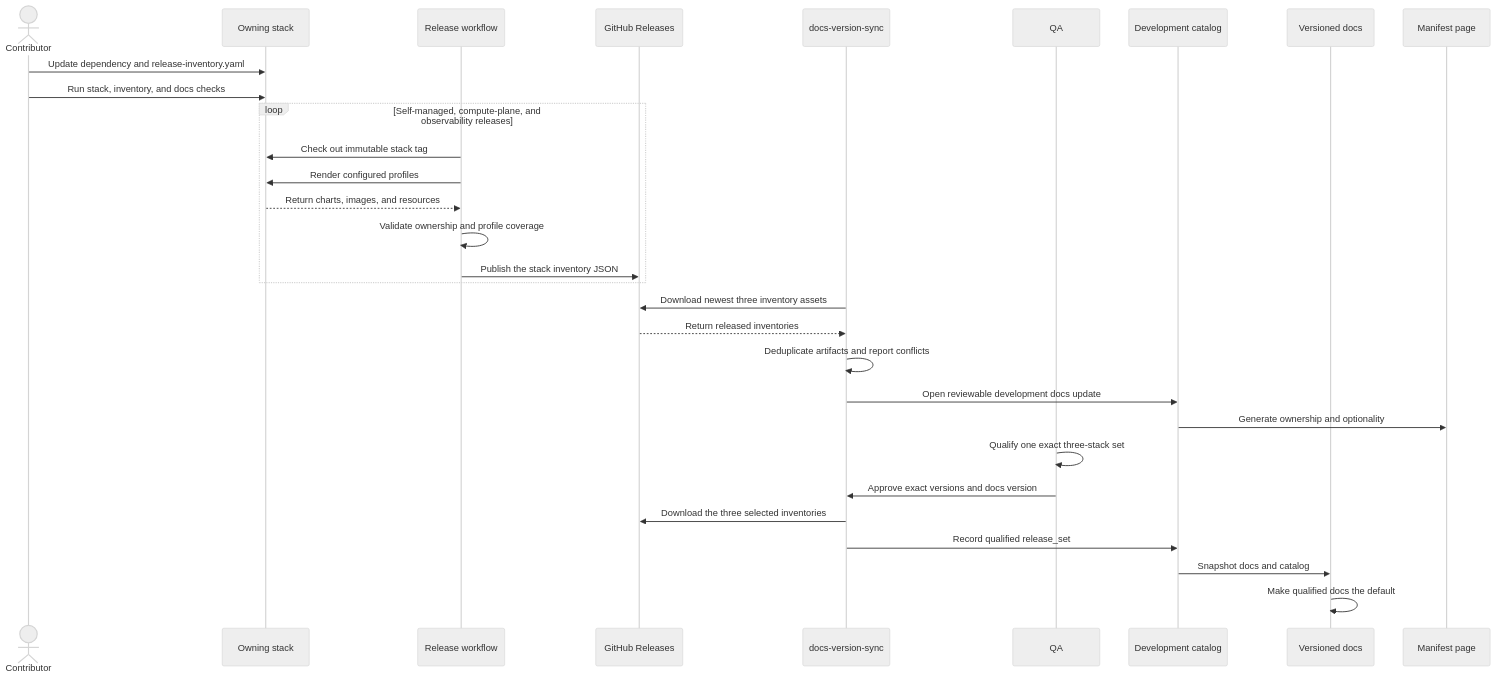
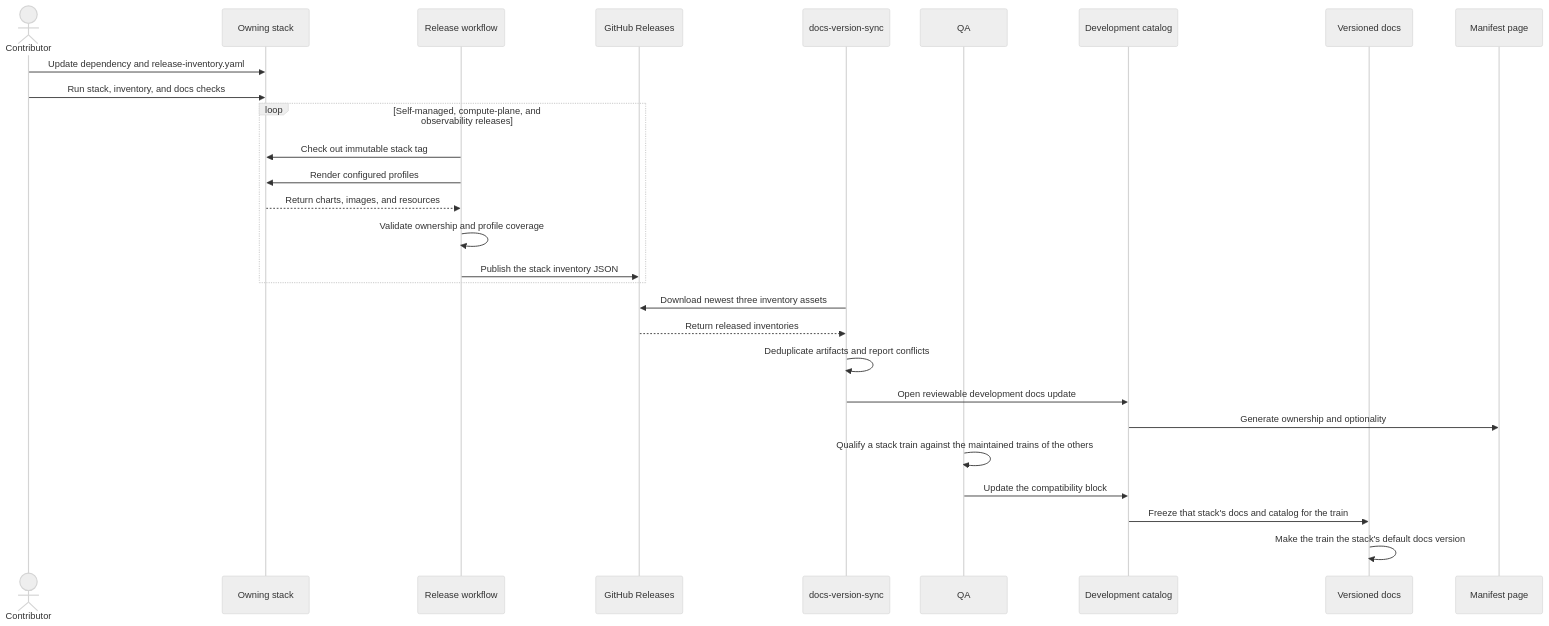
One commit to NVIDIA/nvcf changed the diagram in deploy/stacks/INVENTORY.md. Above: the diagram before and after it, drawn with Mermaid (neutral theme). The commit also changed other lines of this file and 202 other files, not shown here.

````diff
--- a/deploy/stacks/INVENTORY.md
+++ b/deploy/stacks/INVENTORY.md
@@ -46,36 +51,34 @@
 ```mermaid
 sequenceDiagram
     actor Contributor
     participant Stack as Owning stack
     participant Release as Release workflow
     participant Assets as GitHub Releases
     participant Sync as docs-version-sync
     participant QA
     participant Catalog as Development catalog
     participant Stable as Versioned docs
     participant Manifest as Manifest page
 
     Contributor->>Stack: Update dependency and release-inventory.yaml
     Contributor->>Stack: Run stack, inventory, and docs checks
 
     loop Self-managed, compute-plane, and observability releases
         Release->>Stack: Check out immutable stack tag
         Release->>Stack: Render configured profiles
         Stack-->>Release: Return charts, images, and resources
         Release->>Release: Validate ownership and profile coverage
         Release->>Assets: Publish the stack inventory JSON
     end
 
     Sync->>Assets: Download newest three inventory assets
     Assets-->>Sync: Return released inventories
     Sync->>Sync: Deduplicate artifacts and report conflicts
     Sync->>Catalog: Open reviewable development docs update
     Catalog->>Manifest: Generate ownership and optionality
 
-    QA->>QA: Qualify one exact three-stack set
-    QA->>Sync: Approve exact versions and docs version
-    Sync->>Assets: Download the three selected inventories
-    Sync->>Catalog: Record qualified release_set
-    Catalog->>Stable: Snapshot docs and catalog
-    Stable->>Stable: Make qualified docs the default
+    QA->>QA: Qualify a stack train against the maintained trains of the others
+    QA->>Catalog: Update the compatibility block
+    Catalog->>Stable: Freeze that stack's docs and catalog for the train
+    Stable->>Stable: Make the train the stack's default docs version
 ```
````
